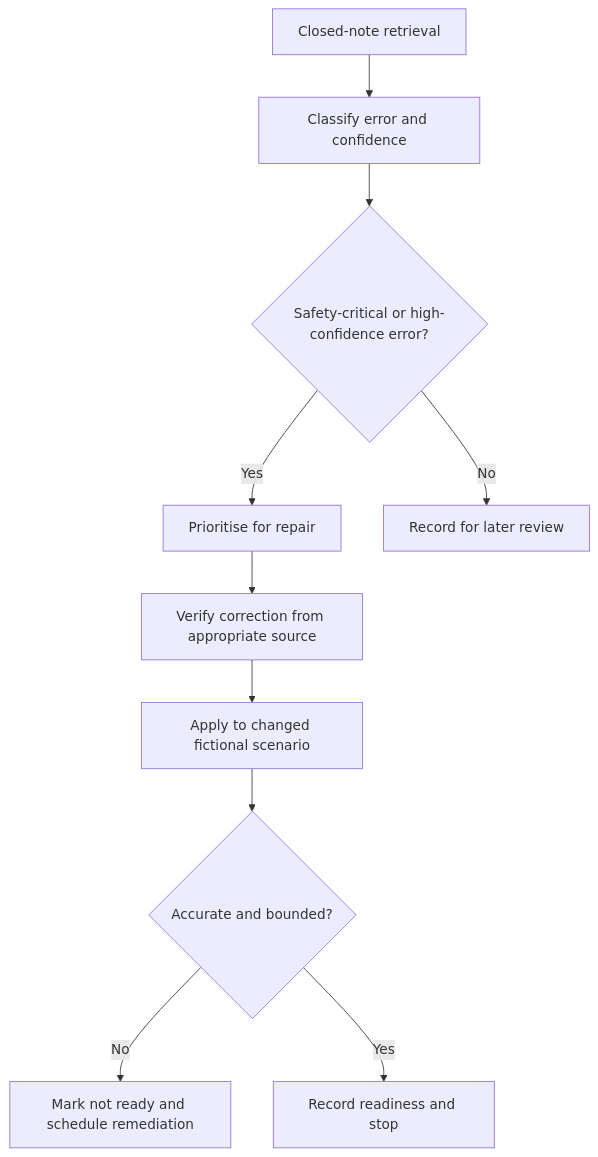
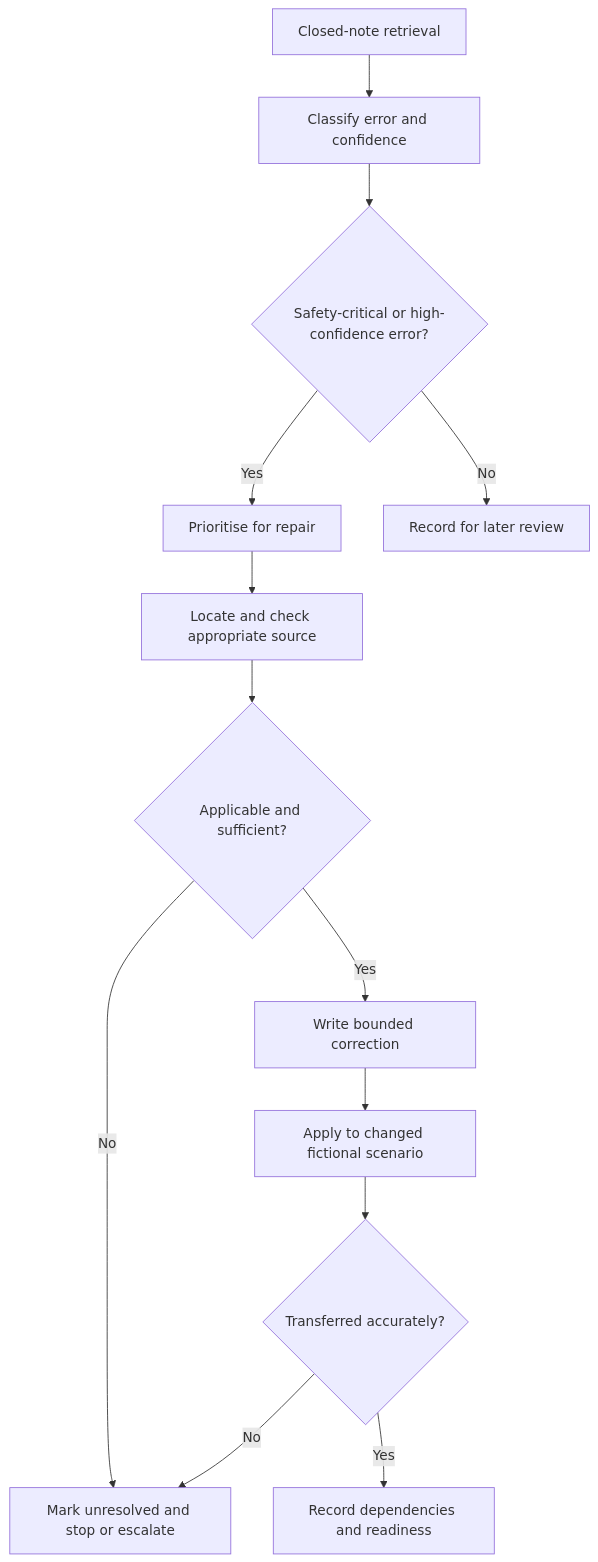
The first of 2 diagrams in docs/learning-plans/6-week/modules/day-12-rest-retrieval-and-misconception-repair.md (andrew3stedall/capstone), drawn with Mermaid before and after one commit. The commit also changed other lines of this file, not shown here.

````diff
--- a/docs/learning-plans/6-week/modules/day-12-rest-retrieval-and-misconception-repair.md
+++ b/docs/learning-plans/6-week/modules/day-12-rest-retrieval-and-misconception-repair.md
@@ -112,12 +137,15 @@
 ```mermaid
 flowchart TD
     A[Closed-note retrieval] --> B[Classify error and confidence]
     B --> C{Safety-critical or high-confidence error?}
     C -->|Yes| D[Prioritise for repair]
     C -->|No| E[Record for later review]
-    D --> F[Verify correction from appropriate source]
-    F --> G[Apply to changed fictional scenario]
-    G --> H{Accurate and bounded?}
-    H -->|No| I[Mark not ready and schedule remediation]
-    H -->|Yes| J[Record readiness and stop]
+    D --> F[Locate and check appropriate source]
+    F --> G{Applicable and sufficient?}
+    G -->|No| H[Mark unresolved and stop or escalate]
+    G -->|Yes| I[Write bounded correction]
+    I --> J[Apply to changed fictional scenario]
+    J --> K{Transferred accurately?}
+    K -->|No| H
+    K -->|Yes| L[Record dependencies and readiness]
 ```
````
